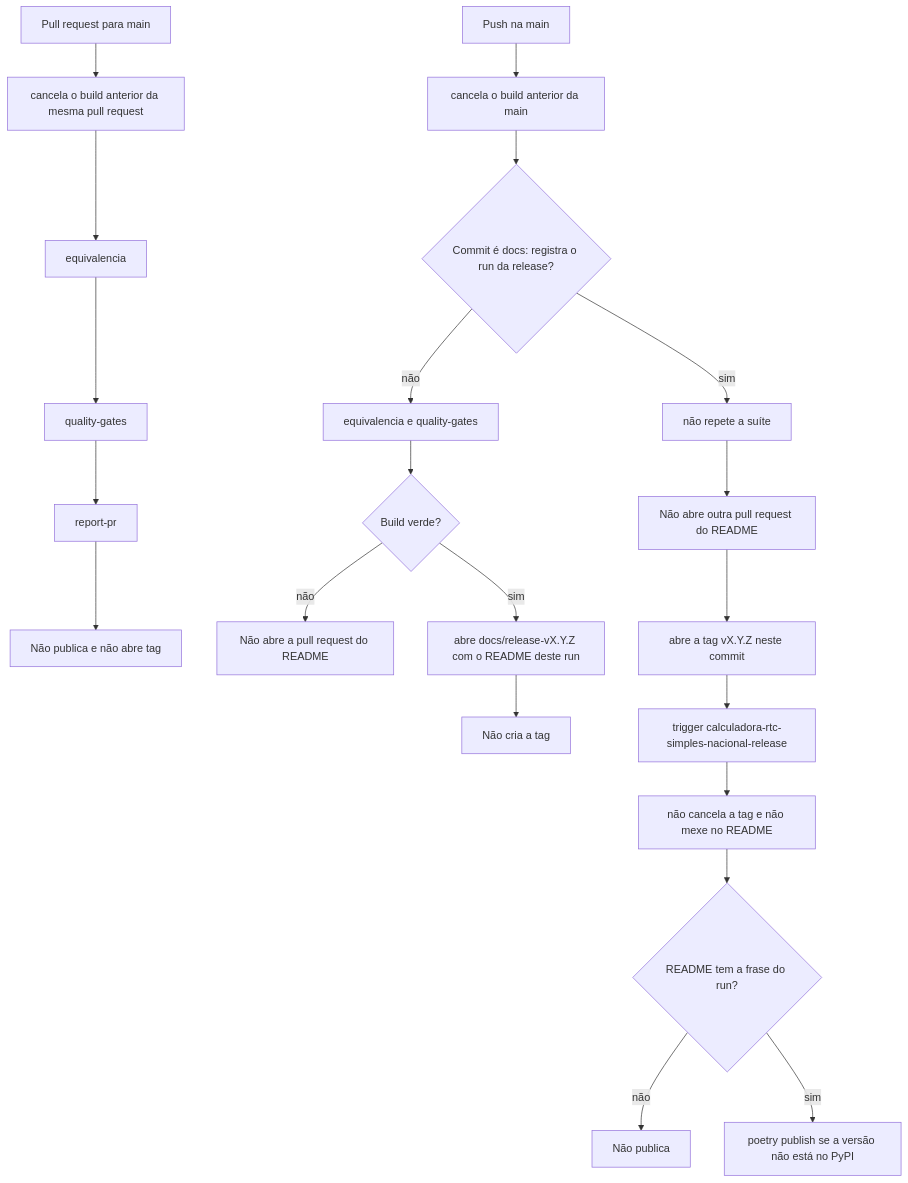
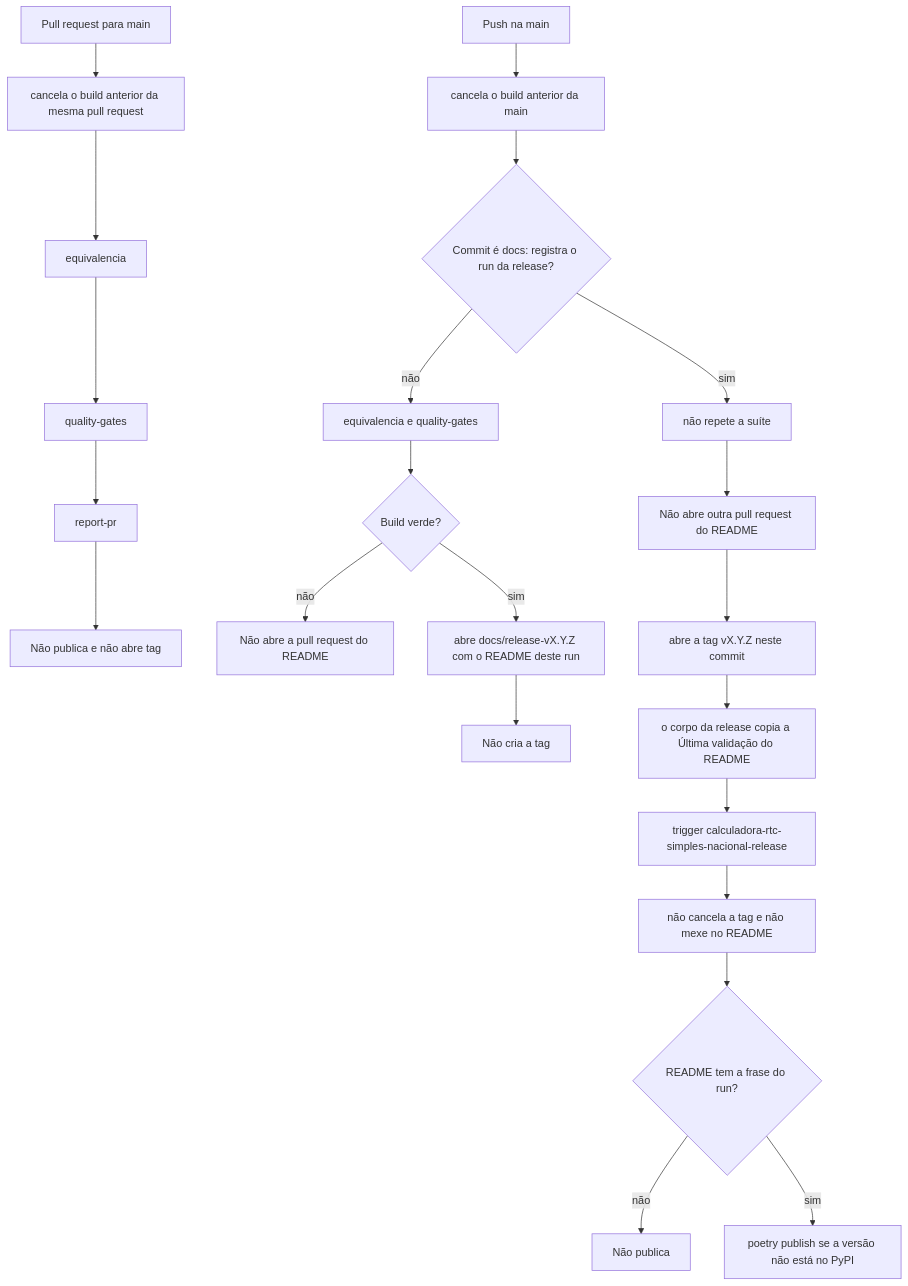
One commit to garusocruz/calculadora-rtc-simples-nacional changed the first of 3 diagrams in docs/publicacao-flow.md. Above: the diagram before and after it, drawn with Mermaid. The commit also changed other lines of this file and 1 other file, not shown here.

Commit message:
fix: a release copia a validação do README do merge

````diff
--- a/docs/publicacao-flow.md
+++ b/docs/publicacao-flow.md
@@ -9,23 +9,24 @@
 ```mermaid
 flowchart TD
   pr[Pull request para main] --> cancelaPr[cancela o build anterior da mesma pull request]
   cancelaPr --> equiv[equivalencia]
   equiv --> qg[quality-gates]
   qg --> comentario[report-pr]
   comentario --> fimPr[Não publica e não abre tag]
   merge[Push na main] --> cancelaMain[cancela o build anterior da main]
   cancelaMain --> tipo{Commit é docs: registra o run da release?}
   tipo -->|não| suite[equivalencia e quality-gates]
   suite --> verde{Build verde?}
   verde -->|não| paraSuite[Não abre a pull request do README]
   verde -->|sim| readmePr[abre docs/release-vX.Y.Z com o README deste run]
   readmePr --> semTag[Não cria a tag]
   tipo -->|sim| pula[não repete a suíte]
   pula --> semOutraPr[Não abre outra pull request do README]
   semOutraPr --> tag[abre a tag vX.Y.Z neste commit]
-  tag --> rel[trigger calculadora-rtc-simples-nacional-release]
+  tag --> copia[o corpo da release copia a Última validação do README]
+  copia --> rel[trigger calculadora-rtc-simples-nacional-release]
   rel --> segue[não cancela a tag e não mexe no README]
   segue --> frase{README tem a frase do run?}
   frase -->|não| recusa[Não publica]
   frase -->|sim| pypi[poetry publish se a versão não está no PyPI]
 ```
````
